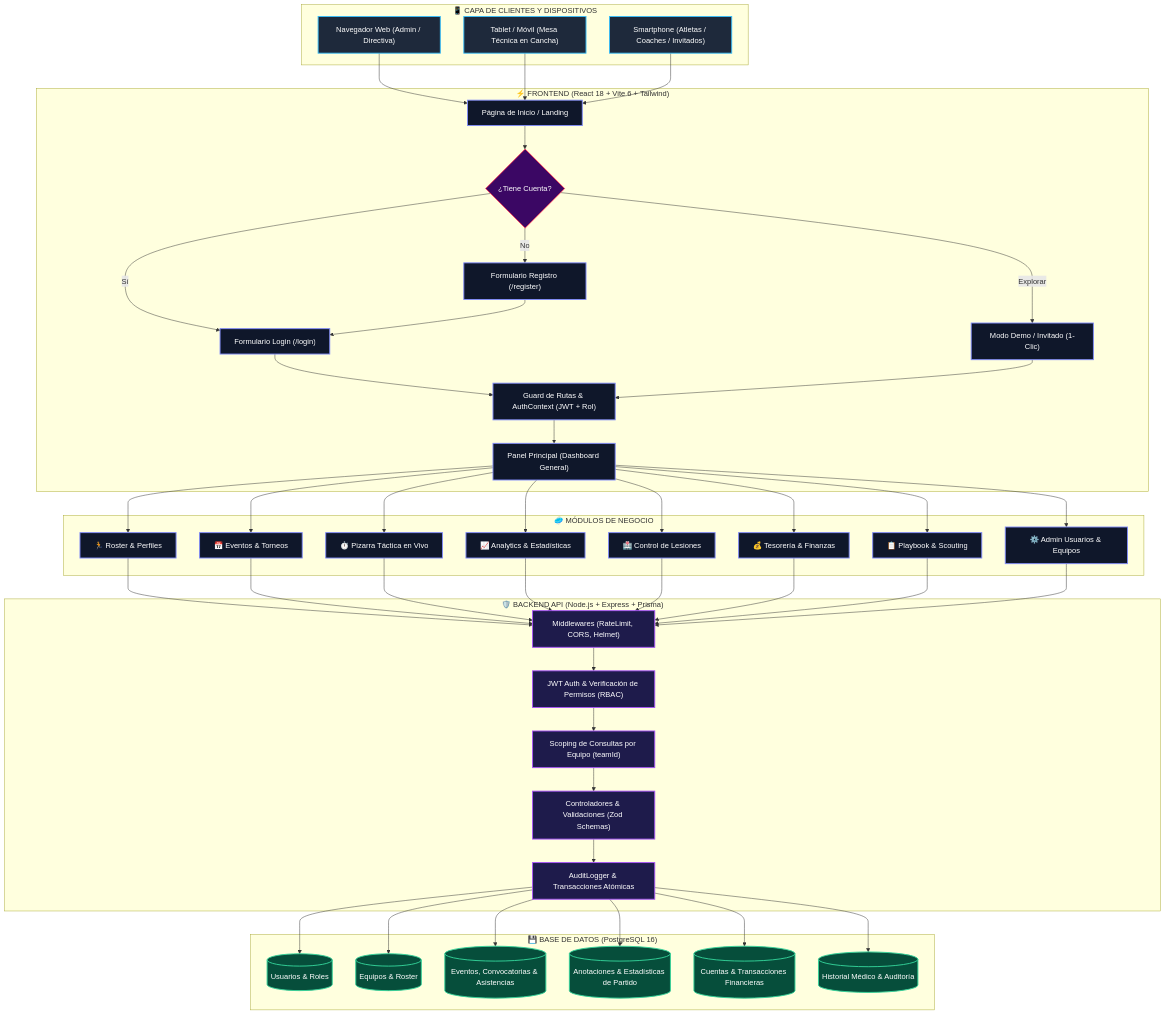
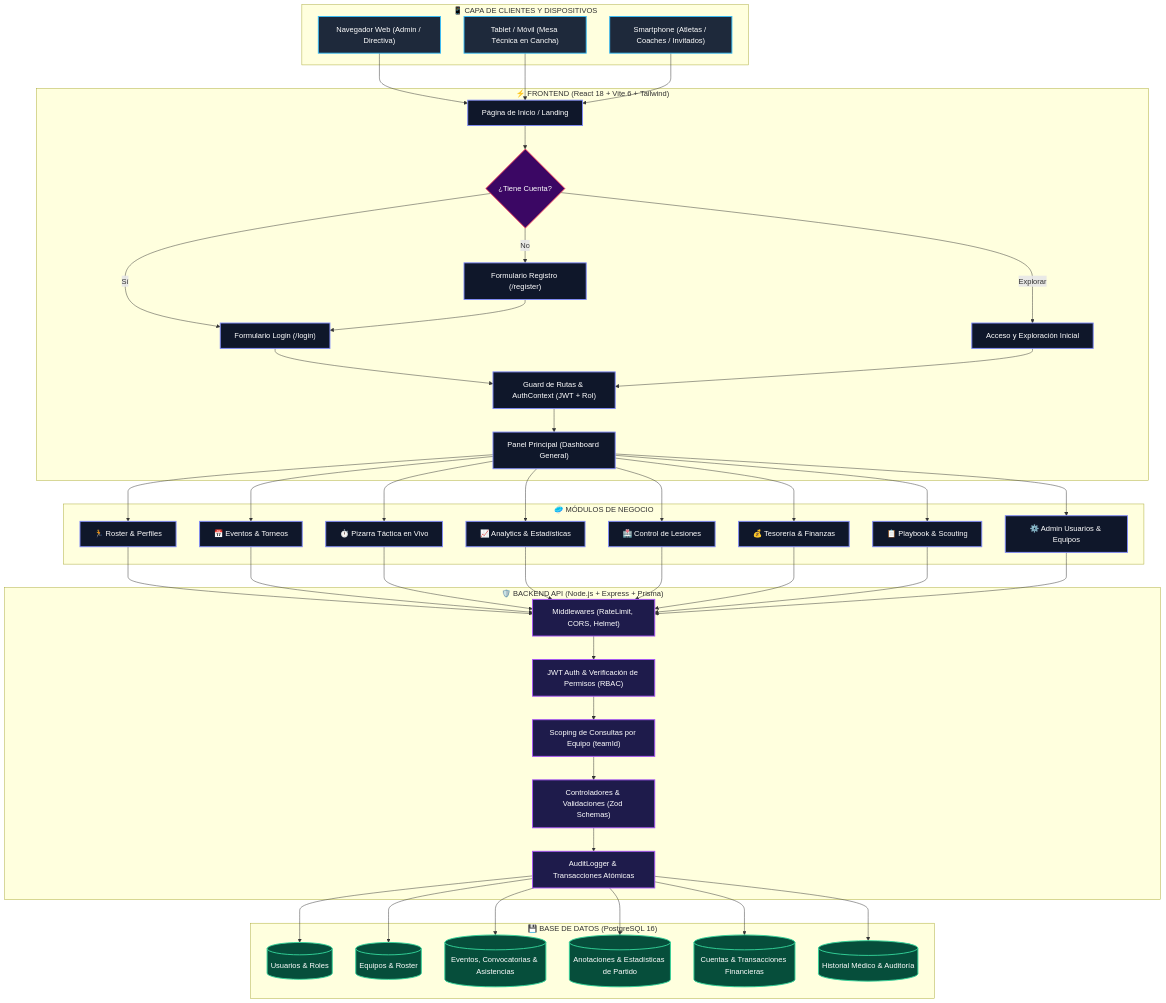
Before and after one commit to frankSousa23/San-Juan-Ultimate-Crew: the first of 6 diagrams in docs/DIAGRAMAS_DE_FLUJO.md, drawn with Mermaid. The commit also changed 36 other files, not shown here.

````diff
--- a/docs/DIAGRAMAS_DE_FLUJO.md
+++ b/docs/DIAGRAMAS_DE_FLUJO.md
@@ -24,70 +24,70 @@
 ```mermaid
 flowchart TD
     %% Estilos Globales
     classDef userLayer fill:#1e293b,stroke:#38bdf8,stroke-width:2px,color:#fff;
     classDef frontLayer fill:#0f172a,stroke:#818cf8,stroke-width:2px,color:#fff;
     classDef backLayer fill:#1e1b4b,stroke:#a855f7,stroke-width:2px,color:#fff;
     classDef dbLayer fill:#064e3b,stroke:#34d399,stroke-width:2px,color:#fff;
     classDef decision fill:#3b0764,stroke:#f43f5e,stroke-width:2px,color:#fff;
 
     subgraph CLIENTES ["📱 CAPA DE CLIENTES Y DISPOSITIVOS"]
         A1["Navegador Web (Admin / Directiva)"]:::userLayer
         A2["Tablet / Móvil (Mesa Técnica en Cancha)"]:::userLayer
         A3["Smartphone (Atletas / Coaches / Invitados)"]:::userLayer
     end
 
     subgraph FRONTEND ["⚡ FRONTEND (React 18 + Vite 6 + Tailwind)"]
         B1["Página de Inicio / Landing"]:::frontLayer
         B2{"¿Tiene Cuenta?"}:::decision
         B3["Formulario Registro (/register)"]:::frontLayer
         B4["Formulario Login (/login)"]:::frontLayer
-        B5["Modo Demo / Invitado (1-Clic)"]:::frontLayer
+        B5["Acceso y Exploración Inicial"]:::frontLayer
         B6["Guard de Rutas & AuthContext (JWT + Rol)"]:::frontLayer
         B7["Panel Principal (Dashboard General)"]:::frontLayer
     end
 
     subgraph MODULOS ["🥏 MÓDULOS DE NEGOCIO"]
         C1["🏃 Roster & Perfiles"]:::frontLayer
         C2["📅 Eventos & Torneos"]:::frontLayer
         C3["⏱️ Pizarra Táctica en Vivo"]:::frontLayer
         C4["📈 Analytics & Estadísticas"]:::frontLayer
         C5["🏥 Control de Lesiones"]:::frontLayer
         C6["💰 Tesorería & Finanzas"]:::frontLayer
         C7["📋 Playbook & Scouting"]:::frontLayer
         C8["⚙️ Admin Usuarios & Equipos"]:::frontLayer
     end
 
     subgraph BACKEND ["🛡️ BACKEND API (Node.js + Express + Prisma)"]
         D1["Middlewares (RateLimit, CORS, Helmet)"]:::backLayer
         D2["JWT Auth & Verificación de Permisos (RBAC)"]:::backLayer
         D3["Scoping de Consultas por Equipo (teamId)"]:::backLayer
         D4["Controladores & Validaciones (Zod Schemas)"]:::backLayer
         D5["AuditLogger & Transacciones Atómicas"]:::backLayer
     end
 
     subgraph DB ["💾 BASE DE DATOS (PostgreSQL 16)"]
         E1[(Usuarios & Roles)]:::dbLayer
         E2[(Equipos & Roster)]:::dbLayer
         E3[(Eventos, Convocatorias & Asistencias)]:::dbLayer
         E4[(Anotaciones & Estadísticas de Partido)]:::dbLayer
         E5[(Cuentas & Transacciones Financieras)]:::dbLayer
         E6[(Historial Médico & Auditoría)]:::dbLayer
     end
 
     %% Conexiones
     A1 & A2 & A3 --> B1
     B1 --> B2
     B2 -- "No" --> B3
     B2 -- "Sí" --> B4
     B2 -- "Explorar" --> B5
     B3 --> B4
     B4 & B5 --> B6
     B6 --> B7
 
     B7 --> C1 & C2 & C3 & C4 & C5 & C6 & C7 & C8
 
     C1 & C2 & C3 & C4 & C5 & C6 & C7 & C8 --> D1
     D1 --> D2 --> D3 --> D4 --> D5
 
     D5 --> E1 & E2 & E3 & E4 & E5 & E6
 ```
````
